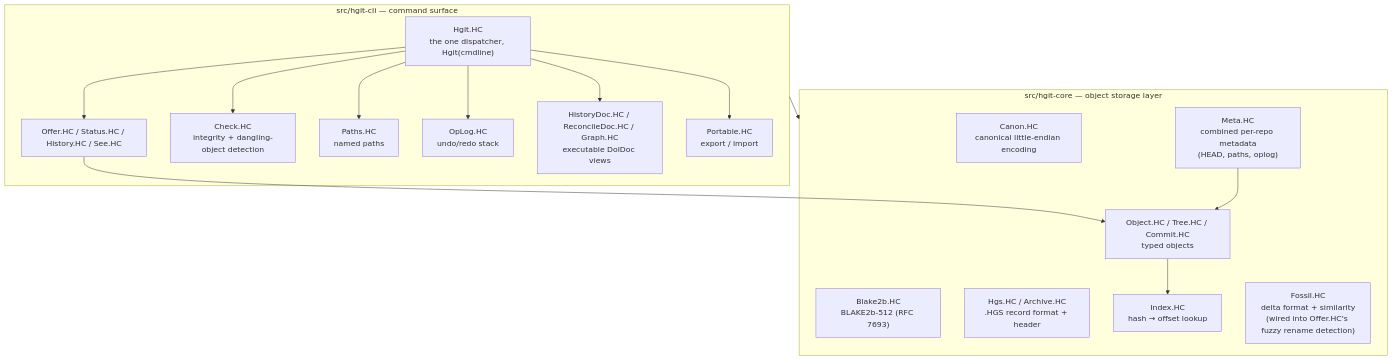
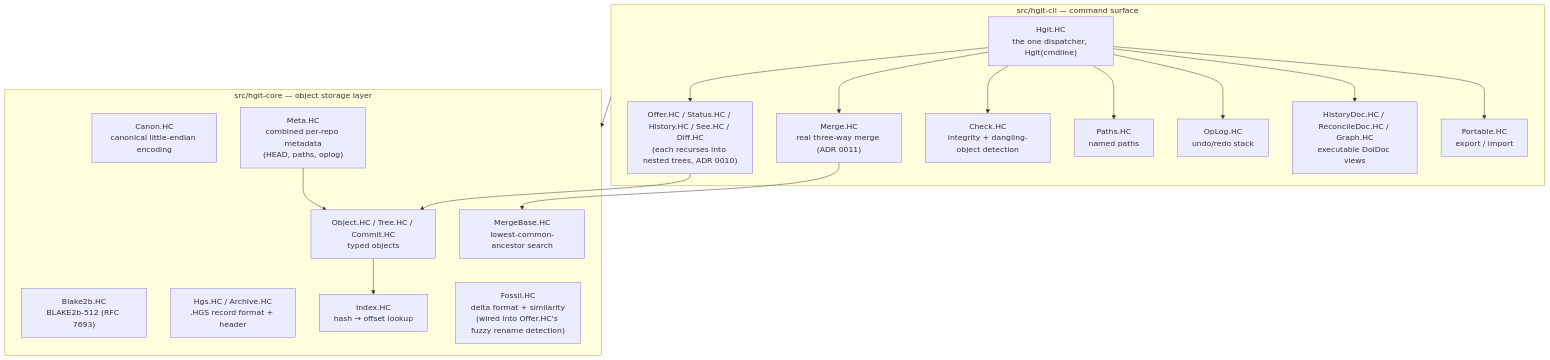
One commit to VectorSophie/hgit changed the first of 3 diagrams in docs/ARCHITECTURE.md. Above: the diagram before and after it, drawn with Mermaid. The commit also changed other lines of this file and 10 other files, not shown here.

First line of the commit message:
docs: bring FORMAT.md's stale merge/nested-tree notes up to date

````diff
--- a/docs/ARCHITECTURE.md
+++ b/docs/ARCHITECTURE.md
@@ -11,31 +11,35 @@
 ```mermaid
 flowchart TB
     subgraph core["src/hgit-core — object storage layer"]
         Canon["Canon.HC<br/>canonical little-endian encoding"]
         Blake["Blake2b.HC<br/>BLAKE2b-512 (RFC 7693)"]
         Hgs["Hgs.HC / Archive.HC<br/>.HGS record format + header"]
         Object["Object.HC / Tree.HC / Commit.HC<br/>typed objects"]
         Index["Index.HC<br/>hash → offset lookup"]
         Meta["Meta.HC<br/>combined per-repo metadata<br/>(HEAD, paths, oplog)"]
         Fossil["Fossil.HC<br/>delta format + similarity<br/>(wired into Offer.HC's fuzzy rename detection)"]
+        MergeBase["MergeBase.HC<br/>lowest-common-ancestor search"]
     end
     subgraph cli["src/hgit-cli — command surface"]
         Hgit["Hgit.HC<br/>the one dispatcher, Hgit(cmdline)"]
-        Offer["Offer.HC / Status.HC / History.HC / See.HC"]
+        Offer["Offer.HC / Status.HC / History.HC / See.HC / Diff.HC<br/>(each recurses into nested trees, ADR 0010)"]
+        Merge["Merge.HC<br/>real three-way merge (ADR 0011)"]
         Check["Check.HC<br/>integrity + dangling-object detection"]
         Paths["Paths.HC<br/>named paths"]
         OpLog["OpLog.HC<br/>undo/redo stack"]
         Docs["HistoryDoc.HC / ReconcileDoc.HC / Graph.HC<br/>executable DolDoc views"]
         Portable["Portable.HC<br/>export / import"]
     end
     cli --> core
     Hgit --> Offer
+    Hgit --> Merge
     Hgit --> Check
     Hgit --> Paths
     Hgit --> OpLog
     Hgit --> Docs
     Hgit --> Portable
     Offer --> Object
+    Merge --> MergeBase
     Object --> Index
     Meta --> Object
 ```
````
